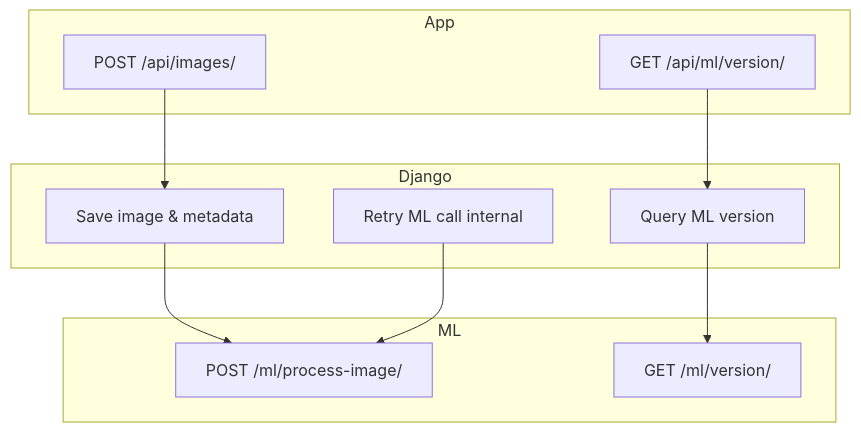
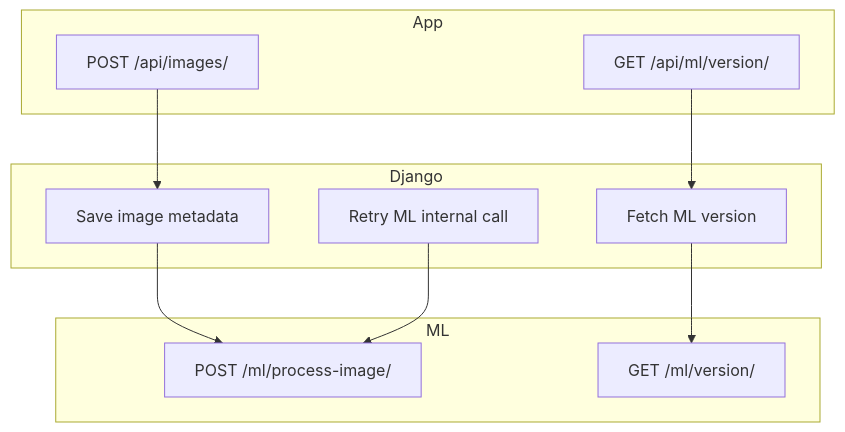
Before and after one commit to nathabee/PomoloBee: the diagram in documentation/API.md, drawn with Mermaid. The commit also changed other lines of this file and 40 other files, not shown here.

````diff
--- a/documentation/API.md
+++ b/documentation/API.md
@@ -81,22 +68,22 @@
 ```mermaid
 graph TD
   subgraph App
     A1[POST /api/images/]
     A2[GET /api/ml/version/]
   end
 
   subgraph Django
-    D1[Save image & metadata]
-    D2[Query ML version]
-    D3[Retry ML call internal]
+    D1[Save image metadata]
+    D2[Fetch ML version]
+    D3[Retry ML internal call]
   end
 
   subgraph ML
     M1[POST /ml/process-image/]
     M2[GET /ml/version/]
   end
 
   A1 --> D1 --> M1
   A2 --> D2 --> M2
   D3 --> M1
 ```
````
